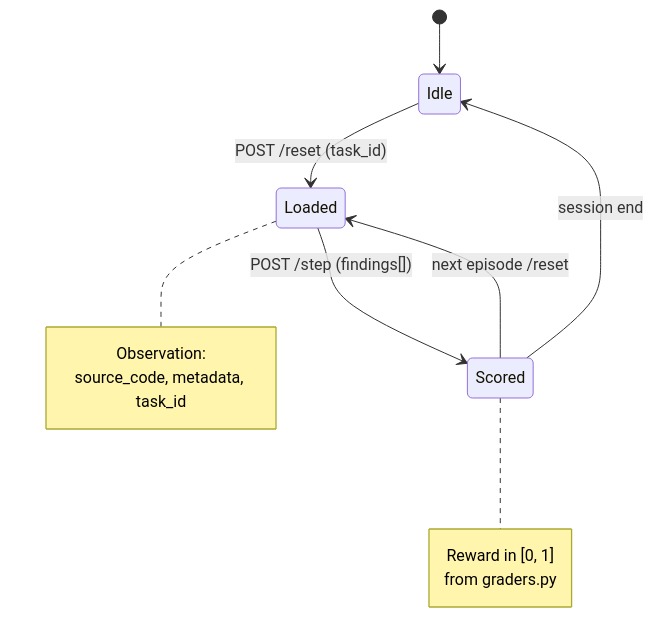
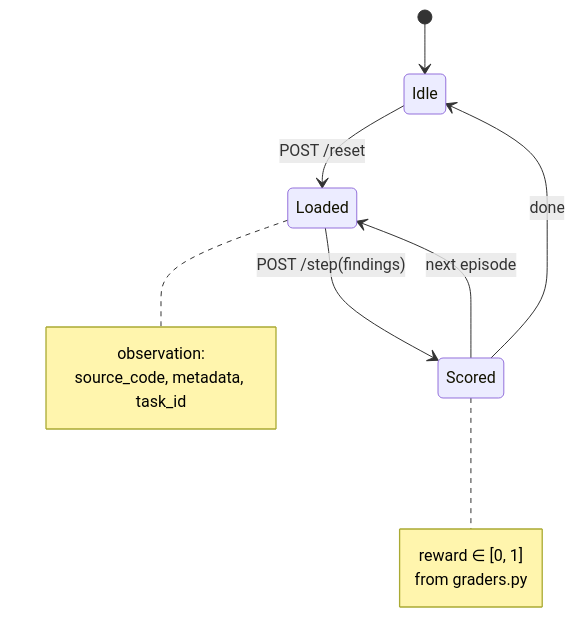
Before and after one commit to tanaymitra54/solidity_guard_razorpay: the sixth of 13 diagrams in README.md, drawn with Mermaid. The commit also changed other lines of this file, not shown here.

First line of the commit message:
docs: prize-style README with charts and architecture diagrams

````diff
--- a/README.md
+++ b/README.md
@@ -155,18 +185,17 @@
 ```mermaid
 stateDiagram-v2
     [*] --> Idle
-    Idle --> Loaded: POST /reset (task_id)
-    Loaded --> Scored: POST /step (findings[])
-    Scored --> Loaded: next episode /reset
-    Scored --> Idle: session end
+    Idle --> Loaded: POST /reset
+    Loaded --> Scored: POST /step(findings)
+    Scored --> Loaded: next episode
+    Scored --> Idle: done
 
     note right of Loaded
-      Observation:
+      observation:
       source_code, metadata, task_id
     end note
-
     note right of Scored
-      Reward in [0, 1]
+      reward ∈ [0, 1]
       from graders.py
     end note
 ```
````
